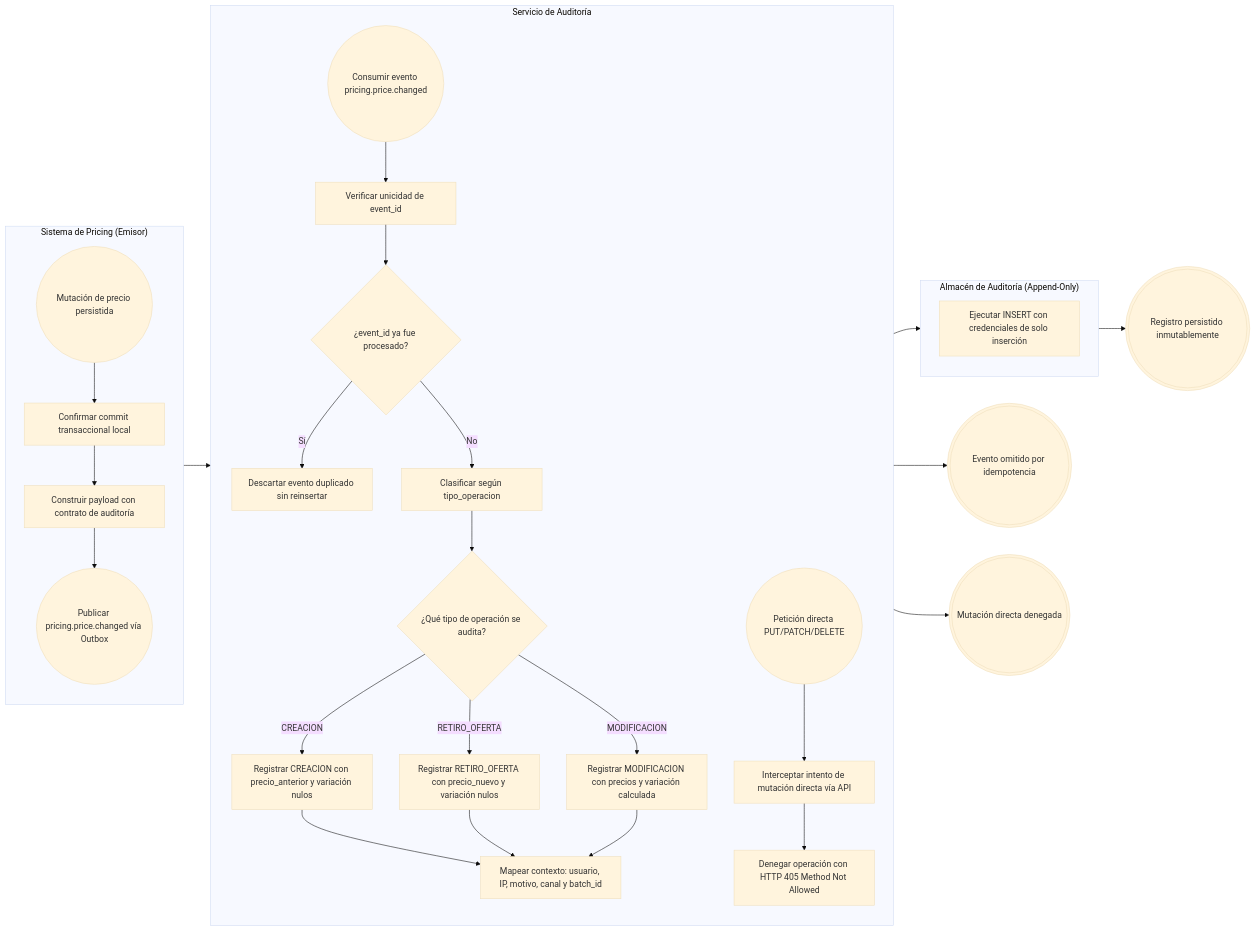
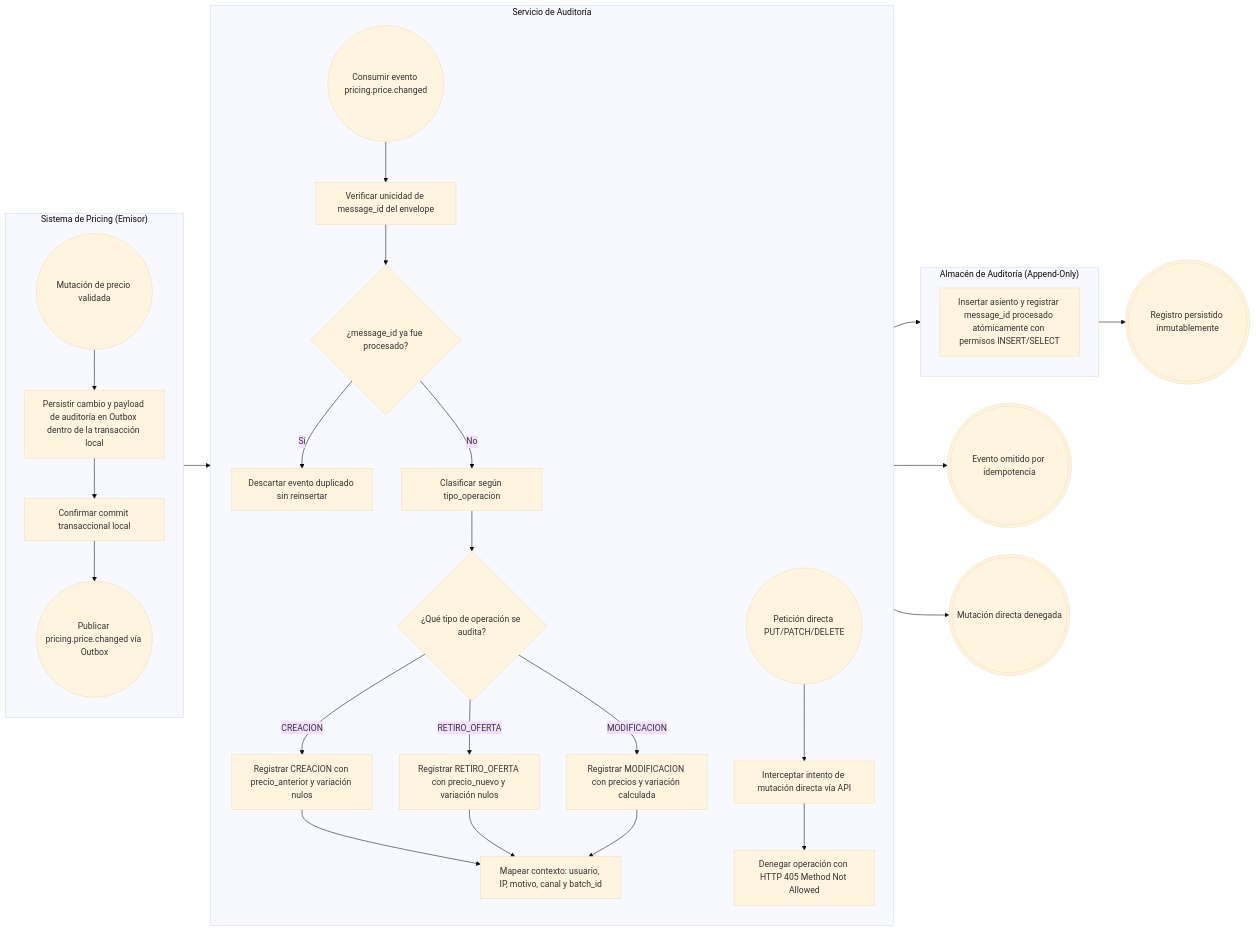
The first of 4 diagrams in flujos/FLOW-014-historial-auditoria-precios.md (Taller-SW-Web/G6-Productos-Ofertas-docs), drawn with Mermaid (base theme) before and after one commit. The commit also changed other lines of this file and 1 other file, not shown here.

Commit message:
FIX: ISSUE #40

````diff
--- a/flujos/FLOW-014-historial-auditoria-precios.md
+++ b/flujos/FLOW-014-historial-auditoria-precios.md
@@ -35,62 +35,62 @@
 ```mermaid
 flowchart LR
 
     subgraph PRICING["Sistema de Pricing (Emisor)"]
         direction TB
-        INICIO_PRICING((Mutación de precio persistida))
+        INICIO_PRICING((Mutación de precio validada))
         P1["Confirmar commit transaccional local"]
-        P2["Construir payload con contrato de auditoría"]
+        P2["Persistir cambio y payload de auditoría en Outbox dentro de la transacción local"]
         E1(("Publicar pricing.price.changed vía Outbox"))
     end
 
     subgraph AUDIT_SVC["Servicio de Auditoría"]
         direction TB
         E2(("Consumir evento pricing.price.changed"))
-        A1["Verificar unicidad de event_id"]
-        D1{"¿event_id ya fue procesado?"}
+        A1["Verificar unicidad de message_id del envelope"]
+        D1{"¿message_id ya fue procesado?"}
         A2["Descartar evento duplicado sin reinsertar"]
         A3["Clasificar según tipo_operacion"]
         D2{"¿Qué tipo de operación se audita?"}
         A4["Registrar CREACION con precio_anterior y variación nulos"]
         A5["Registrar RETIRO_OFERTA con precio_nuevo y variación nulos"]
         A6["Registrar MODIFICACION con precios y variación calculada"]
         A7["Mapear contexto: usuario, IP, motivo, canal y batch_id"]
         INICIO_MUTACION((Petición directa PUT/PATCH/DELETE))
         A8["Interceptar intento de mutación directa vía API"]
         A9["Denegar operación con HTTP 405 Method Not Allowed"]
     end
 
     subgraph DB_AUDIT["Almacén de Auditoría (Append-Only)"]
         direction TB
-        D3["Ejecutar INSERT con credenciales de solo inserción"]
+        D3["Insertar asiento y registrar message_id procesado atómicamente con permisos INSERT/SELECT"]
     end
 
     FIN_AUDIT_OK(((Registro persistido inmutablemente)))
     FIN_DUPLICADO(((Evento omitido por idempotencia)))
     FIN_BLOQUEO(((Mutación directa denegada)))
 
-    INICIO_PRICING --> P1
-    P1 --> P2
-    P2 --> E1
+    INICIO_PRICING --> P2
+    P2 --> P1
+    P1 --> E1
     E1 --> E2
     E2 --> A1
     A1 --> D1
     D1 -->|"Sí"| A2
     A2 --> FIN_DUPLICADO
     D1 -->|"No"| A3
     A3 --> D2
 
     D2 -->|"CREACION"| A4
     D2 -->|"RETIRO_OFERTA"| A5
     D2 -->|"MODIFICACION"| A6
 
     A4 --> A7
     A5 --> A7
     A6 --> A7
     A7 --> D3
     D3 --> FIN_AUDIT_OK
 
     INICIO_MUTACION --> A8
     A8 --> A9
     A9 --> FIN_BLOQUEO
 ```
````
